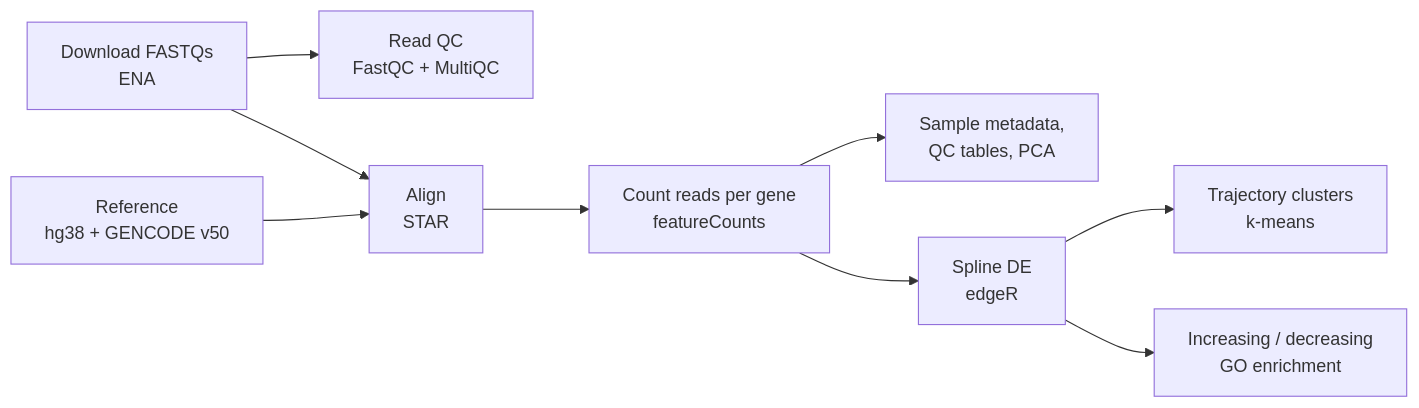
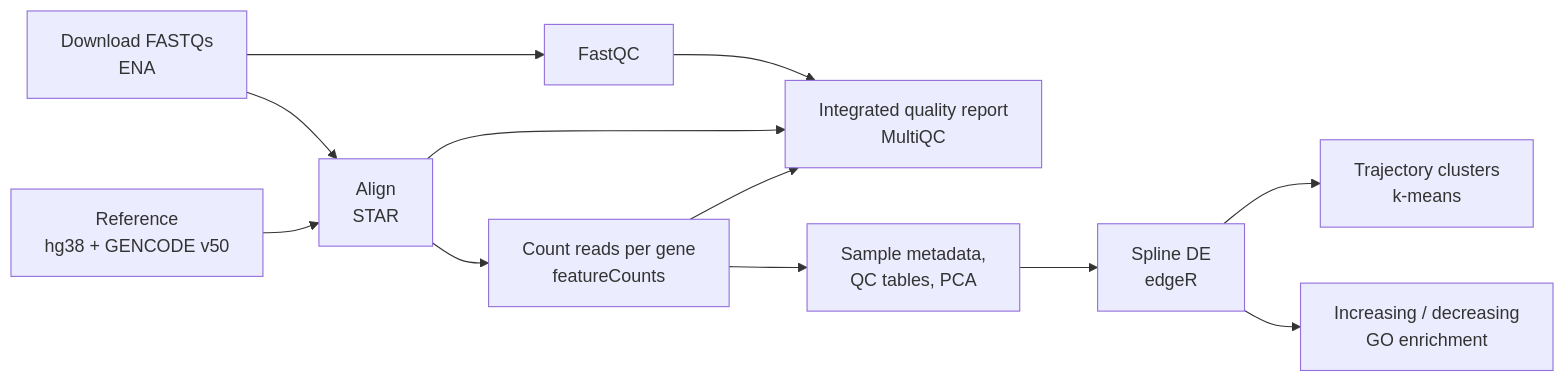
Before and after one commit to starnma1/RNA-Seq-Analysis-Comparison-of-human-forebrains-at-different-prenatal-time-points: the diagram in README.md, drawn with Mermaid. The commit also changed other lines of this file and 10 other files, not shown here.

````diff
--- a/README.md
+++ b/README.md
@@ -42,11 +42,14 @@
 ``` mermaid
 flowchart LR
-  A[Download FASTQs<br/>ENA] --> B[Read QC<br/>FastQC + MultiQC]
+  A[Download FASTQs<br/>ENA] --> B[FastQC]
   A --> D[Align<br/>STAR]
   C[Reference<br/>hg38 + GENCODE v50] --> D
   D --> E[Count reads per gene<br/>featureCounts]
-  E --> F[Sample metadata,<br/>QC tables, PCA]
-  E --> G[Spline DE<br/>edgeR]
-  G --> H[Trajectory clusters<br/>k-means]
-  G --> I[Increasing / decreasing<br/>GO enrichment]
+  B --> F[Integrated quality report<br/>MultiQC]
+  D --> F
+  E --> F
+  E --> G[Sample metadata,<br/>QC tables, PCA]
+  G --> H[Spline DE<br/>edgeR]
+  H --> I[Trajectory clusters<br/>k-means]
+  H --> J[Increasing / decreasing<br/>GO enrichment]
 ```
````
